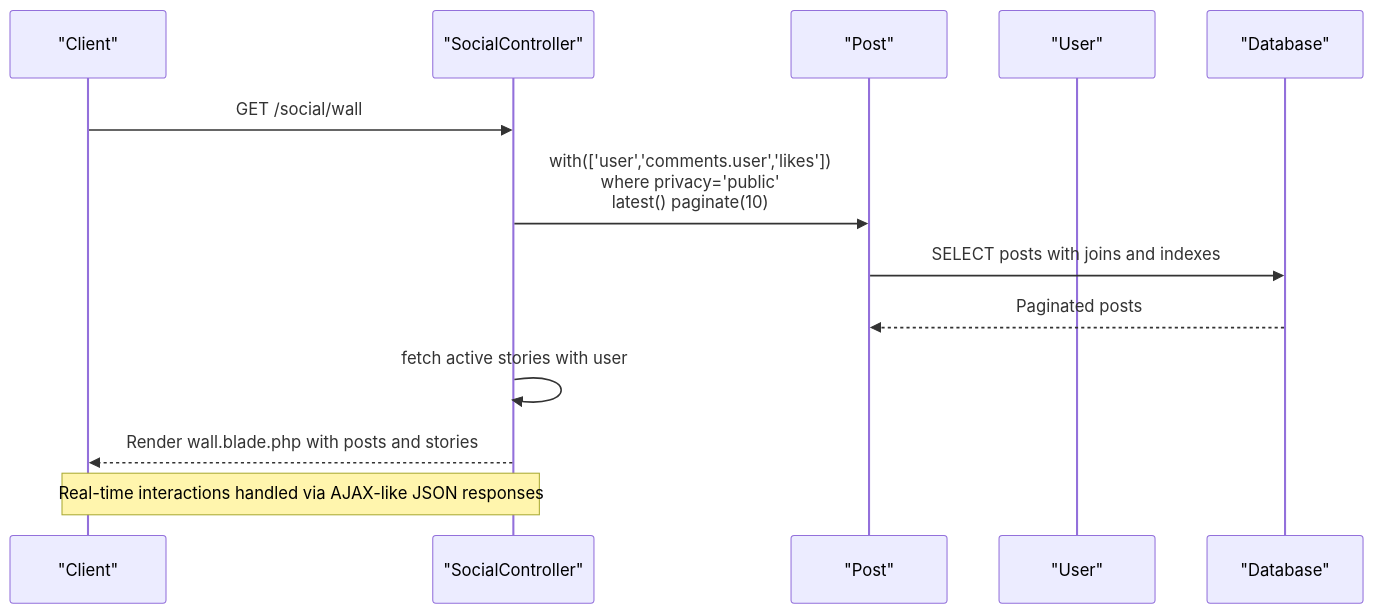
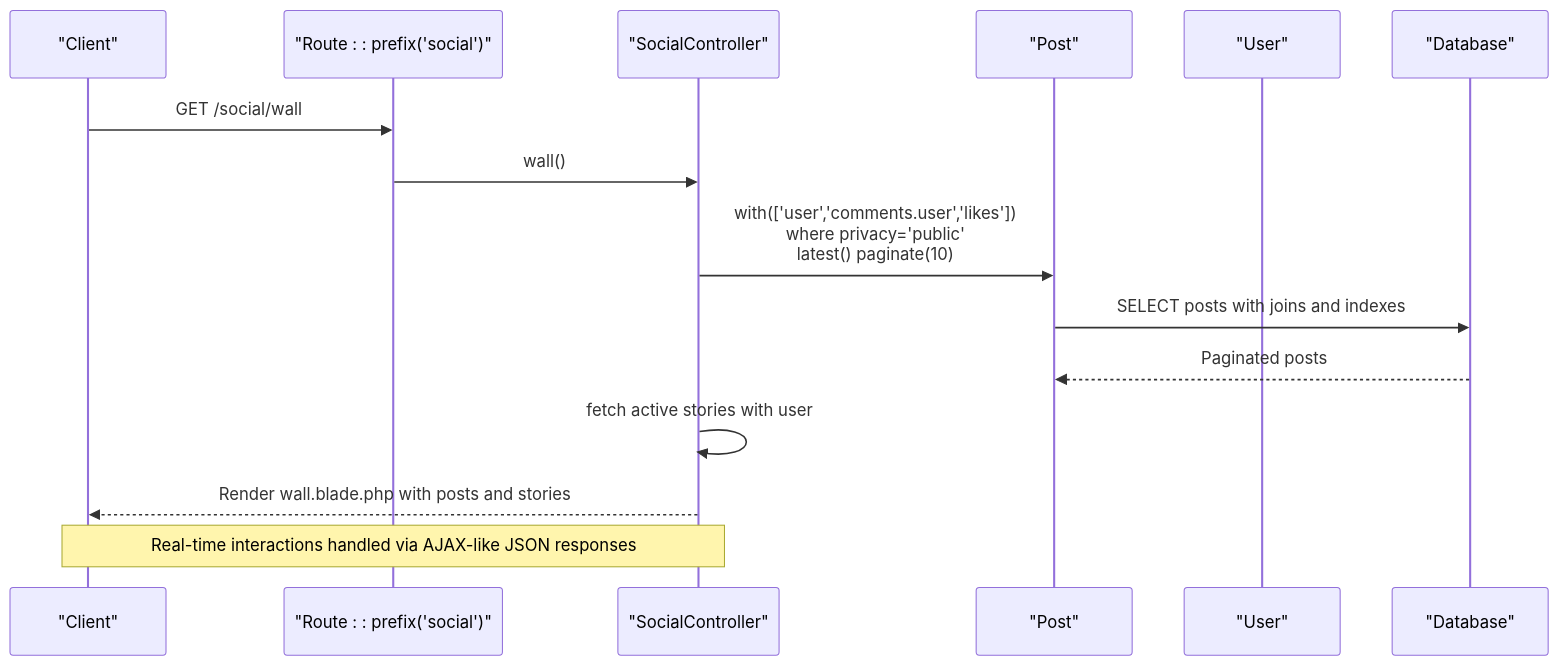
The second of 13 diagrams in .qoder/repowiki/en/content/Social Features.md (VenokM05/Travel_Project), drawn with Mermaid before and after one commit. The commit also changed other lines of this file and 23 other files, not shown here.

````diff
--- a/.qoder/repowiki/en/content/Social Features.md
+++ b/.qoder/repowiki/en/content/Social Features.md
@@ -122,15 +137,17 @@
 ```mermaid
 sequenceDiagram
 participant Client as "Client"
+participant Router as "Route : : prefix('social')"
 participant Controller as "SocialController"
 participant PostModel as "Post"
 participant UserModel as "User"
 participant DB as "Database"
-Client->>Controller : GET /social/wall
+Client->>Router : GET /social/wall
+Router->>Controller : wall()
 Controller->>PostModel : with(['user','comments.user','likes'])<br/>where privacy='public'<br/>latest() paginate(10)
 PostModel->>DB : SELECT posts with joins and indexes
 DB-->>PostModel : Paginated posts
 Controller->>Controller : fetch active stories with user
 Controller-->>Client : Render wall.blade.php with posts and stories
 Note over Client,Controller : Real-time interactions handled via AJAX-like JSON responses
 ```
````
